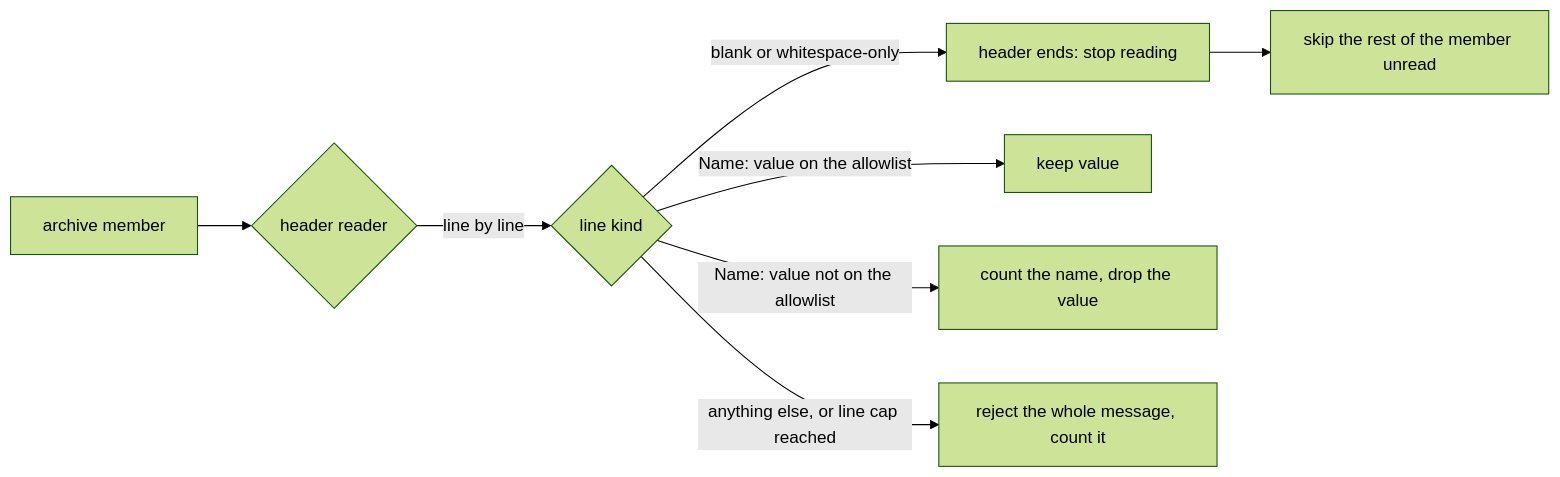
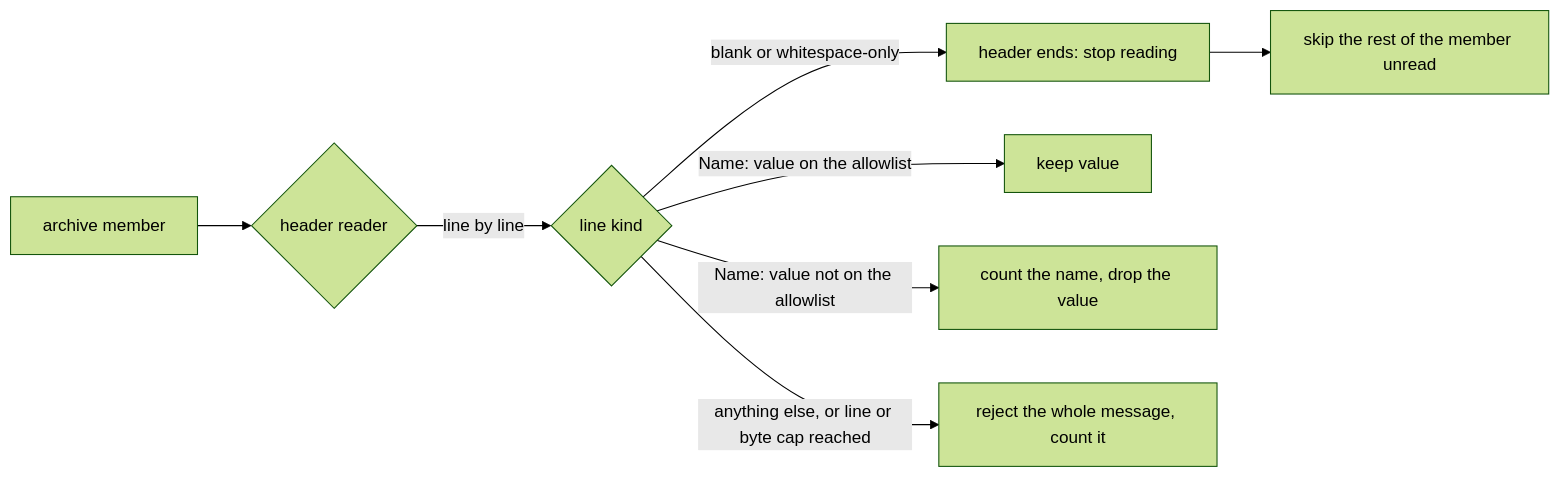
Before and after one commit to marcusvieira88/network-science: the first of 8 diagrams in docs/technical-overview.md, drawn with Mermaid (forest theme). The commit also changed other lines of this file, not shown here.

````diff
--- a/docs/technical-overview.md
+++ b/docs/technical-overview.md
@@ -130,10 +144,10 @@
 ```mermaid
 flowchart LR
     A[archive member] --> R{header reader}
     R -->|line by line| L{line kind}
     L -->|blank or whitespace-only| E[header ends: stop reading]
     L -->|"Name: value" on the allowlist| K[keep value]
     L -->|"Name: value" not on the allowlist| D[count the name, drop the value]
-    L -->|anything else, or line cap reached| X[reject the whole message, count it]
+    L -->|anything else, or line or byte cap reached| X[reject the whole message, count it]
     E --> S[skip the rest of the member unread]
 ```
````
